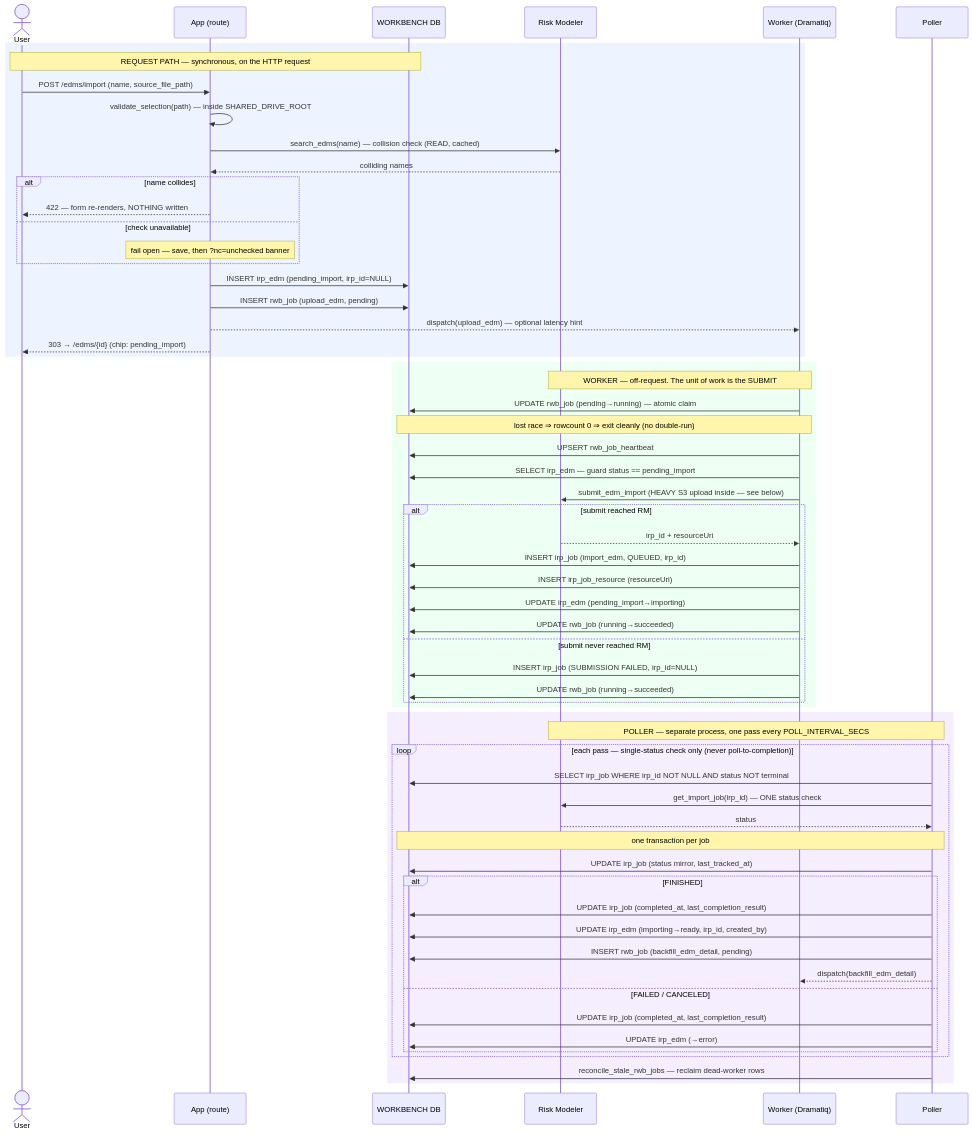
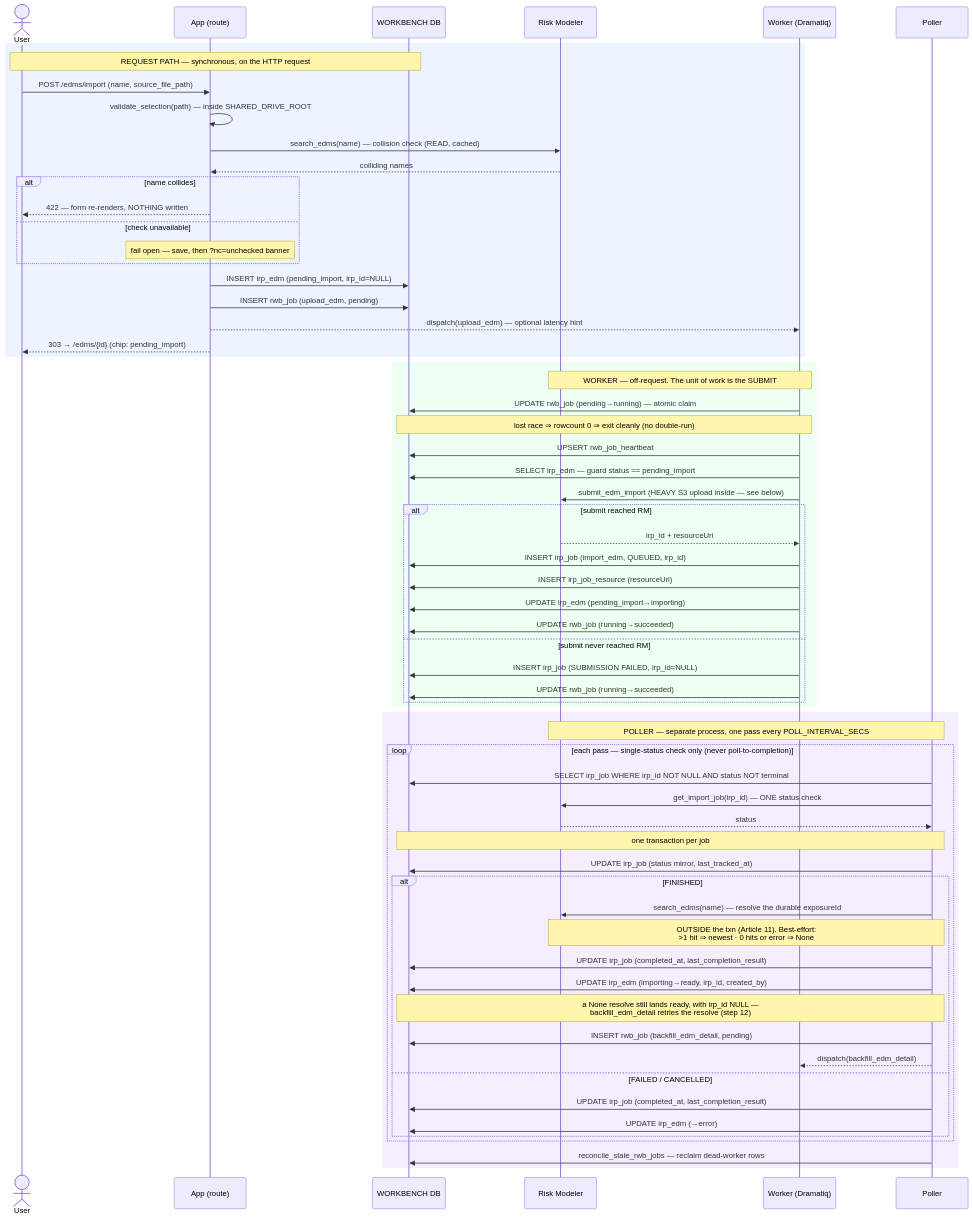
The first of 2 diagrams in docs/sequence_diagrams/entities/import_edm.md (anilvenugopal/risk-workbench), drawn with Mermaid before and after one commit. The commit also changed other lines of this file and 5 other files, not shown here.

Commit message:
Update sequence diagrams after review

````diff
--- a/docs/sequence_diagrams/entities/import_edm.md
+++ b/docs/sequence_diagrams/entities/import_edm.md
@@ -58,66 +59,69 @@
 ```mermaid
 sequenceDiagram
     actor User
     participant App as App (route)
     participant DB as WORKBENCH DB
     participant RM as Risk Modeler
     participant W as Worker (Dramatiq)
     participant P as Poller
 
     rect rgb(238,244,255)
         Note over User,DB: REQUEST PATH — synchronous, on the HTTP request
         User->>App: POST /edms/import (name, source_file_path)
         App->>App: validate_selection(path) — inside SHARED_DRIVE_ROOT
         App->>RM: search_edms(name) — collision check (READ, cached)
         RM-->>App: colliding names
         alt name collides
             App-->>User: 422 — form re-renders, NOTHING written
         else check unavailable
             Note over App: fail open — save, then ?nc=unchecked banner
         end
         App->>DB: INSERT irp_edm (pending_import, irp_id=NULL)
         App->>DB: INSERT rwb_job (upload_edm, pending)
         App-->>W: dispatch(upload_edm) — optional latency hint
         App-->>User: 303 → /edms/{id} (chip: pending_import)
     end
 
     rect rgb(238,255,244)
         Note over W,RM: WORKER — off-request. The unit of work is the SUBMIT
         W->>DB: UPDATE rwb_job (pending→running) — atomic claim
         Note over W,DB: lost race ⇒ rowcount 0 ⇒ exit cleanly (no double-run)
         W->>DB: UPSERT rwb_job_heartbeat
         W->>DB: SELECT irp_edm — guard status == pending_import
         W->>RM: submit_edm_import (HEAVY S3 upload inside — see below)
         alt submit reached RM
             RM-->>W: irp_id + resourceUri
             W->>DB: INSERT irp_job (import_edm, QUEUED, irp_id)
             W->>DB: INSERT irp_job_resource (resourceUri)
             W->>DB: UPDATE irp_edm (pending_import→importing)
             W->>DB: UPDATE rwb_job (running→succeeded)
         else submit never reached RM
             W->>DB: INSERT irp_job (SUBMISSION FAILED, irp_id=NULL)
             W->>DB: UPDATE rwb_job (running→succeeded)
         end
     end
 
     rect rgb(245,238,255)
         Note over P,RM: POLLER — separate process, one pass every POLL_INTERVAL_SECS
         loop each pass — single-status check only (never poll-to-completion)
             P->>DB: SELECT irp_job WHERE irp_id NOT NULL AND status NOT terminal
             P->>RM: get_import_job(irp_id) — ONE status check
             RM-->>P: status
             Note over P,DB: one transaction per job
             P->>DB: UPDATE irp_job (status mirror, last_tracked_at)
             alt FINISHED
+                P->>RM: search_edms(name) — resolve the durable exposureId
+                Note over P,RM: OUTSIDE the txn (Article 11). Best-effort:<br/>>1 hit ⇒ newest · 0 hits or error ⇒ None
                 P->>DB: UPDATE irp_job (completed_at, last_completion_result)
                 P->>DB: UPDATE irp_edm (importing→ready, irp_id, created_by)
+                Note over P,DB: a None resolve still lands ready, with irp_id NULL —<br/>backfill_edm_detail retries the resolve (step 12)
                 P->>DB: INSERT rwb_job (backfill_edm_detail, pending)
                 P-->>W: dispatch(backfill_edm_detail)
-            else FAILED / CANCELED
+            else FAILED / CANCELLED
                 P->>DB: UPDATE irp_job (completed_at, last_completion_result)
                 P->>DB: UPDATE irp_edm (→error)
             end
         end
         P->>DB: reconcile_stale_rwb_jobs — reclaim dead-worker rows
     end
 ```
````
